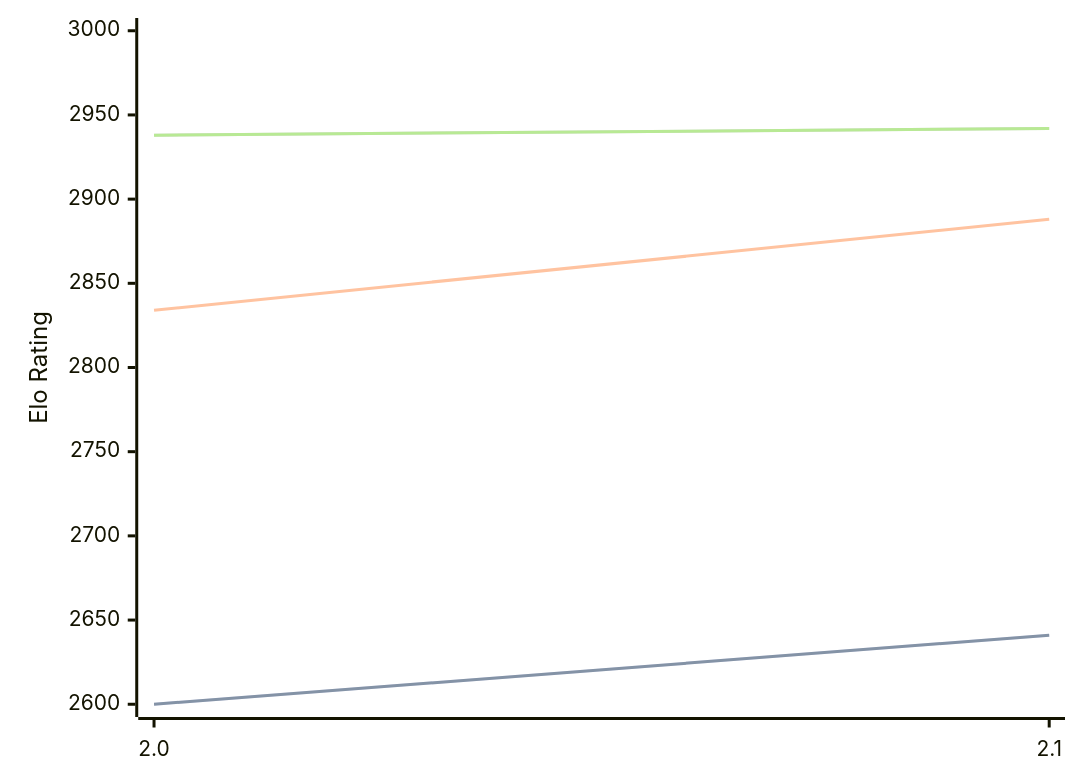
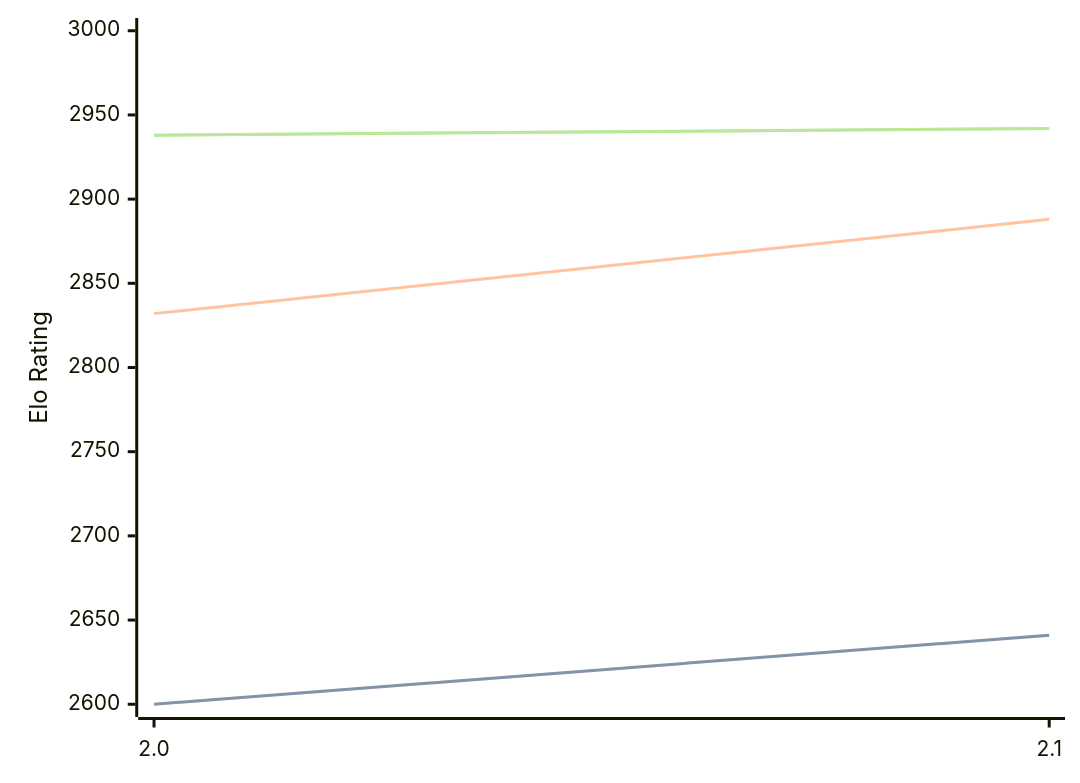
One commit to computer-chess-index/cci changed the diagram in engines/Noggin.md. Above: the diagram before and after it, drawn with Mermaid. The commit also changed other lines of this file, not shown here.

````diff
--- a/engines/Noggin.md
+++ b/engines/Noggin.md
@@ -33,11 +33,11 @@
 ```mermaid
 %%{init: {"theme":"base","themeVariables":{"seriesColors:['#a3a3a3','#222221','#faa371']}}}%%
 xychart-beta
   x-axis ["2.0", "2.1"]
   y-axis "Elo Rating" 2600 --> 3000
   line "" [2600, 2641]
   line "STC (8.0+0.08s)" [2600, 2641]
-  line "LTC (60.0+0.60s)" [2834, 2888]
+  line "LTC (60.0+0.60s)" [2832, 2888]
   line "" [2938, 2942]
   line "VLTC (2m24s+1.12s)" [2938, 2942]
 ```
````
